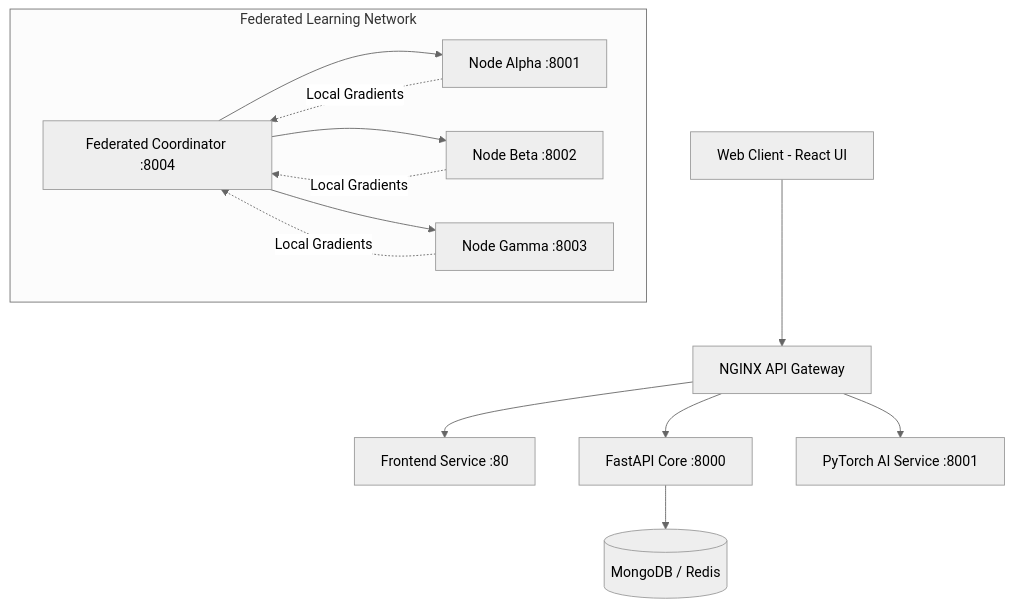
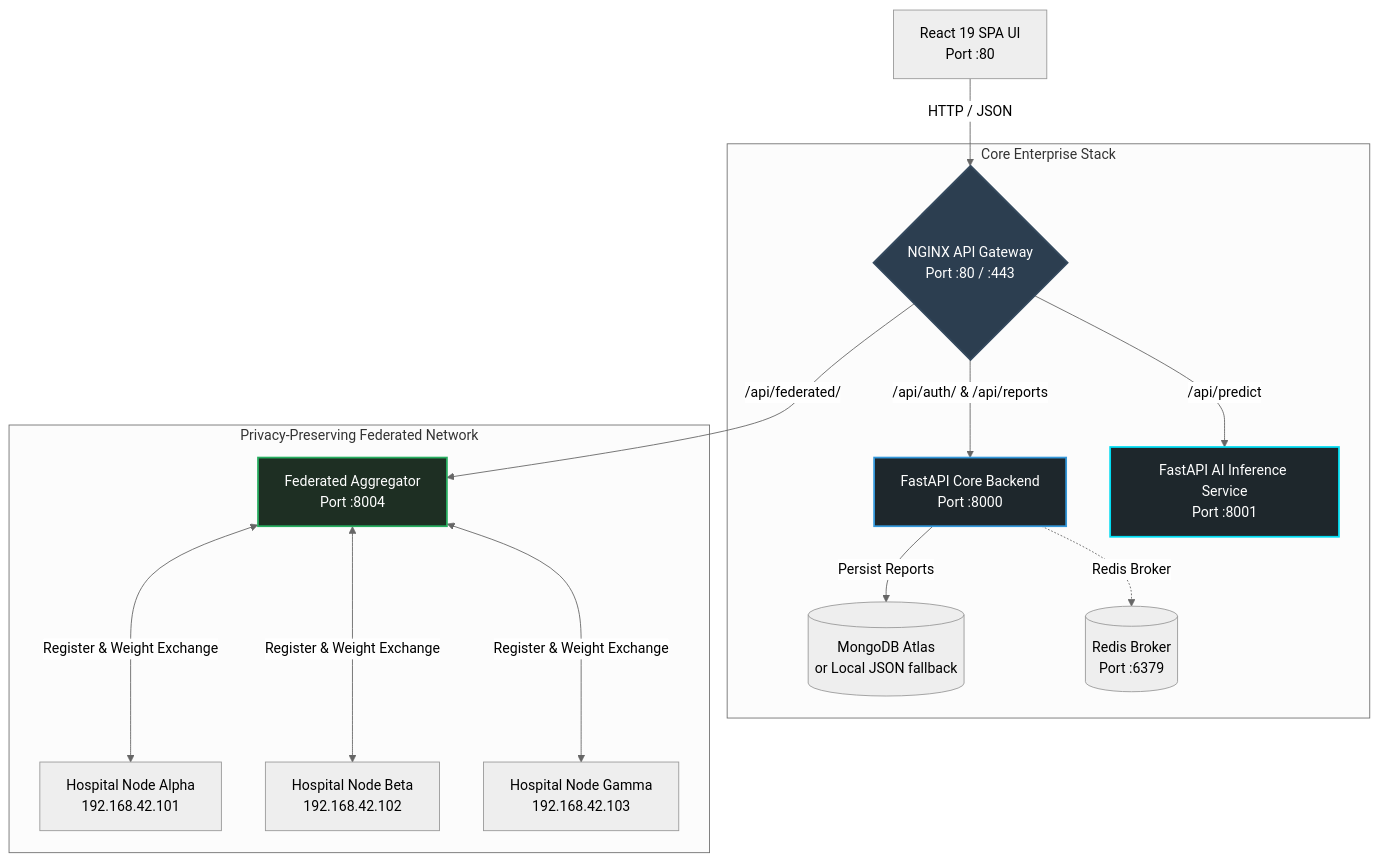
Before and after one commit to MBGIRISH/CANCER--AI-DETECTION: the diagram in README.md, drawn with Mermaid (neutral theme). The commit also changed other lines of this file and 9 other files, not shown here.

````diff
--- a/README.md
+++ b/README.md
@@ -31,19 +88,25 @@
 ```mermaid
 graph TD
-    Client[Web Client - React UI] --> NGINX[NGINX API Gateway]
-    NGINX --> Frontend[Frontend Service :80]
-    NGINX --> Backend[FastAPI Core :8000]
-    NGINX --> AI_Inference[PyTorch AI Service :8001]
+    Client[React 19 SPA UI<br>Port :80] -->|HTTP / JSON| NGINX{NGINX API Gateway<br>Port :80 / :443}
     
-    Backend --> DB[(MongoDB / Redis)]
-    
-    subgraph Federated Learning Network
-    Coordinator[Federated Coordinator :8004] --> HospitalA[Node Alpha :8001]
-    Coordinator --> HospitalB[Node Beta :8002]
-    Coordinator --> HospitalC[Node Gamma :8003]
+    subgraph Core Enterprise Stack
+        NGINX -->|/api/auth/ & /api/reports| Backend[FastAPI Core Backend<br>Port :8000]
+        NGINX -->|/api/predict| AI_Service[FastAPI AI Inference Service<br>Port :8001]
+        
+        Backend -->|Persist Reports| MongoDB[(MongoDB Atlas<br>or Local JSON fallback)]
+        Backend -.->|Redis Broker| Redis[(Redis Broker<br>Port :6379)]
     end
     
-    HospitalA -. "Local Gradients" .-> Coordinator
-    HospitalB -. "Local Gradients" .-> Coordinator
-    HospitalC -. "Local Gradients" .-> Coordinator
+    subgraph Privacy-Preserving Federated Network
+        NGINX -->|/api/federated/| FL_Coordinator[Federated Aggregator<br>Port :8004]
+        
+        FL_Coordinator <--->|Register & Weight Exchange| NodeAlpha[Hospital Node Alpha<br>192.168.42.101]
+        FL_Coordinator <--->|Register & Weight Exchange| NodeBeta[Hospital Node Beta<br>192.168.42.102]
+        FL_Coordinator <--->|Register & Weight Exchange| NodeGamma[Hospital Node Gamma<br>192.168.42.103]
+    end
+
+    style NGINX fill:#2C3E50,stroke:#34495E,stroke-width:2px,color:#fff
+    style FL_Coordinator fill:#1E2F23,stroke:#27AE60,stroke-width:2px,color:#fff
+    style AI_Service fill:#1E272C,stroke:#00dcf2,stroke-width:2px,color:#fff
+    style Backend fill:#1E272C,stroke:#3498DB,stroke-width:2px,color:#fff
 ```
````
